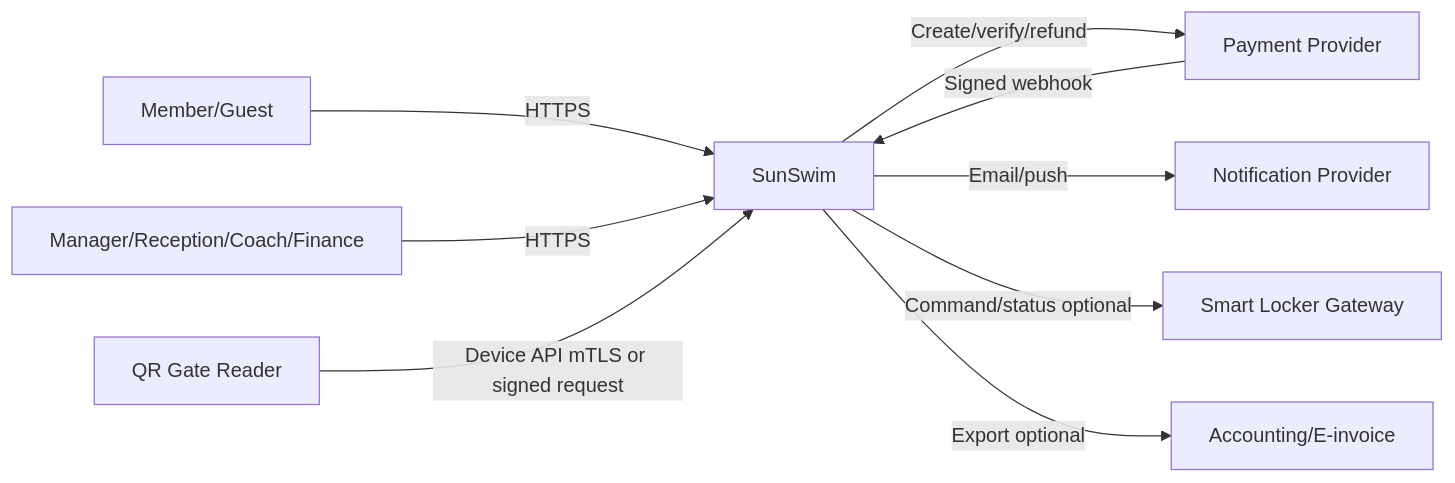
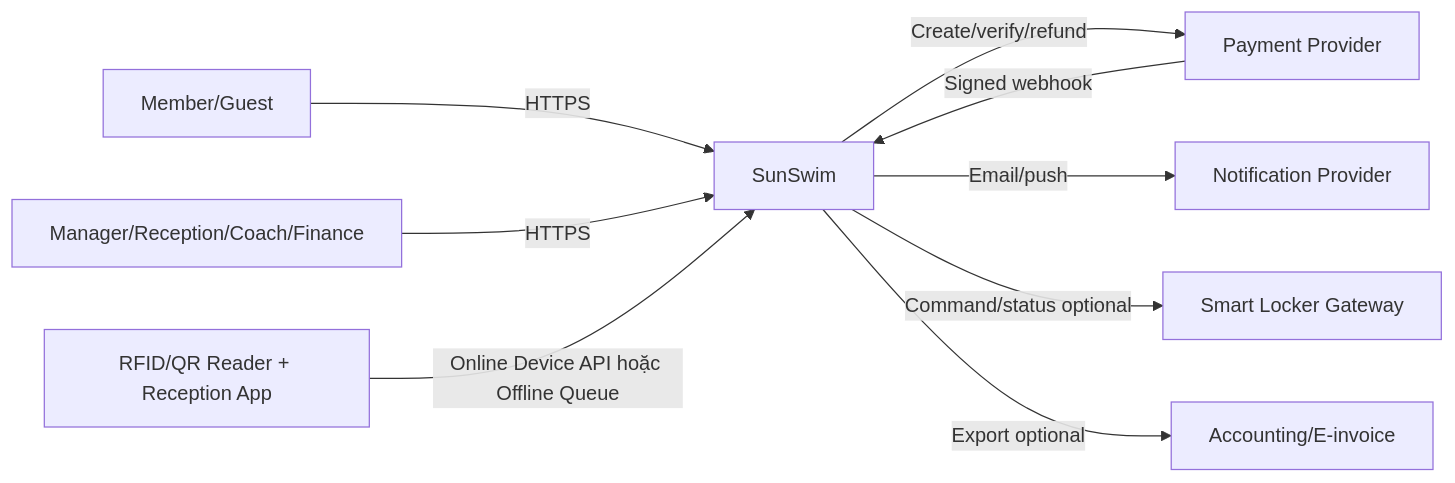
The diagram in specs/02-architecture/01-system-context.md (vuthanhhnguyenn/SunSwim-spec), drawn with Mermaid before and after one commit. The commit also changed other lines of this file and 29 other files, not shown here.

````diff
--- a/specs/02-architecture/01-system-context.md
+++ b/specs/02-architecture/01-system-context.md
@@ -5,11 +5,11 @@
 ```mermaid
 flowchart LR
     Member["Member/Guest"] -->|"HTTPS"| SunSwim["SunSwim"]
     Staff["Manager/Reception/Coach/Finance"] -->|"HTTPS"| SunSwim
-    Gate["QR Gate Reader"] -->|"Device API mTLS or signed request"| SunSwim
+    Gate["RFID/QR Reader + Reception App"] -->|"Online Device API hoặc Offline Queue"| SunSwim
     SunSwim -->|"Create/verify/refund"| PSP["Payment Provider"]
     PSP -->|"Signed webhook"| SunSwim
     SunSwim -->|"Email/push"| Notify["Notification Provider"]
     SunSwim -->|"Command/status optional"| Locker["Smart Locker Gateway"]
     SunSwim -->|"Export optional"| Finance["Accounting/E-invoice"]
 ```
````
